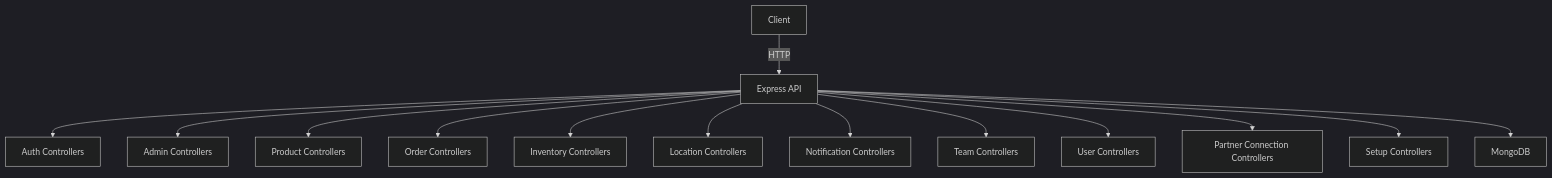
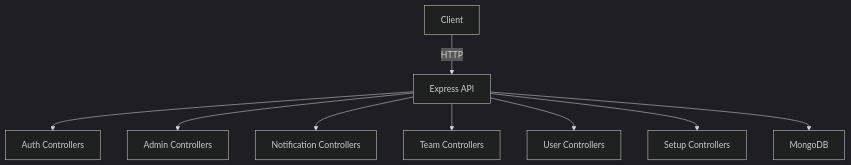
Before and after one commit to bahaa2003/supplychain: the diagram in readme.md, drawn with Mermaid (dark theme). The commit also changed other lines of this file, not shown here.

````diff
--- a/readme.md
+++ b/readme.md
@@ -9,16 +9,11 @@
 ```mermaid
 graph TD
   A[Client] -->|HTTP| B[Express API]
   B --> C[Auth Controllers]
   B --> D[Admin Controllers]
-  B --> E[Product Controllers]
-  B --> F[Order Controllers]
-  B --> G[Inventory Controllers]
-  B --> H[Location Controllers]
   B --> I[Notification Controllers]
   B --> J[Team Controllers]
   B --> K[User Controllers]
-  B --> L[Partner Connection Controllers]
   B --> M[Setup Controllers]
   B --> N[MongoDB]
 ```
````
